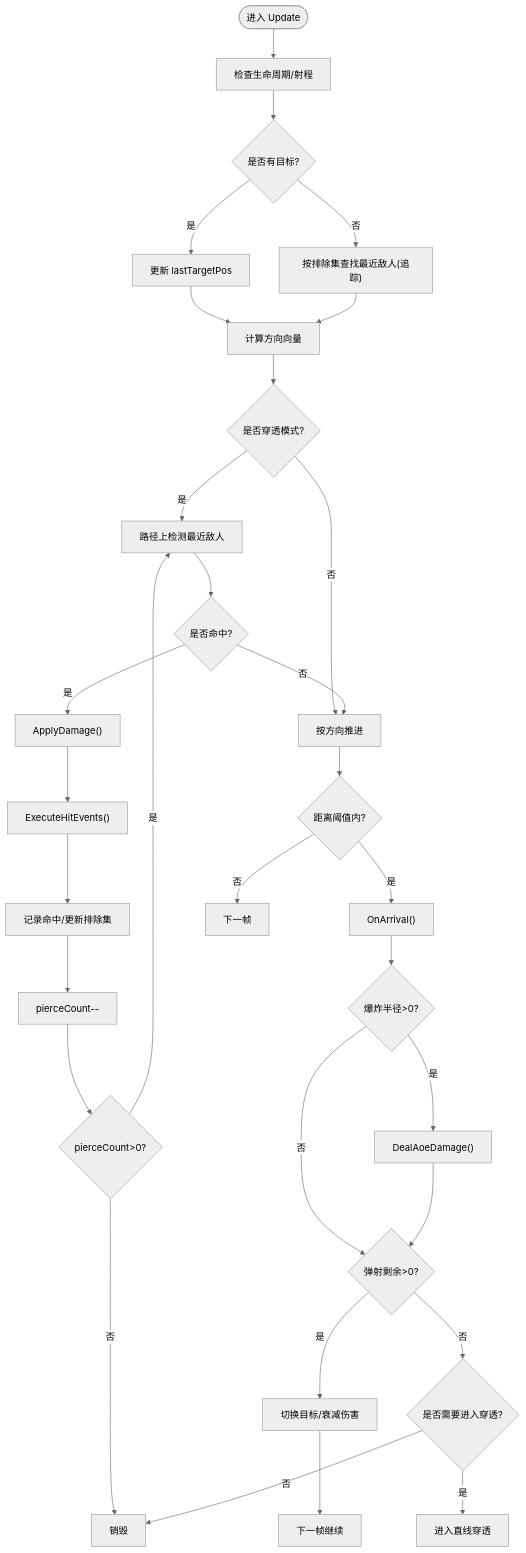
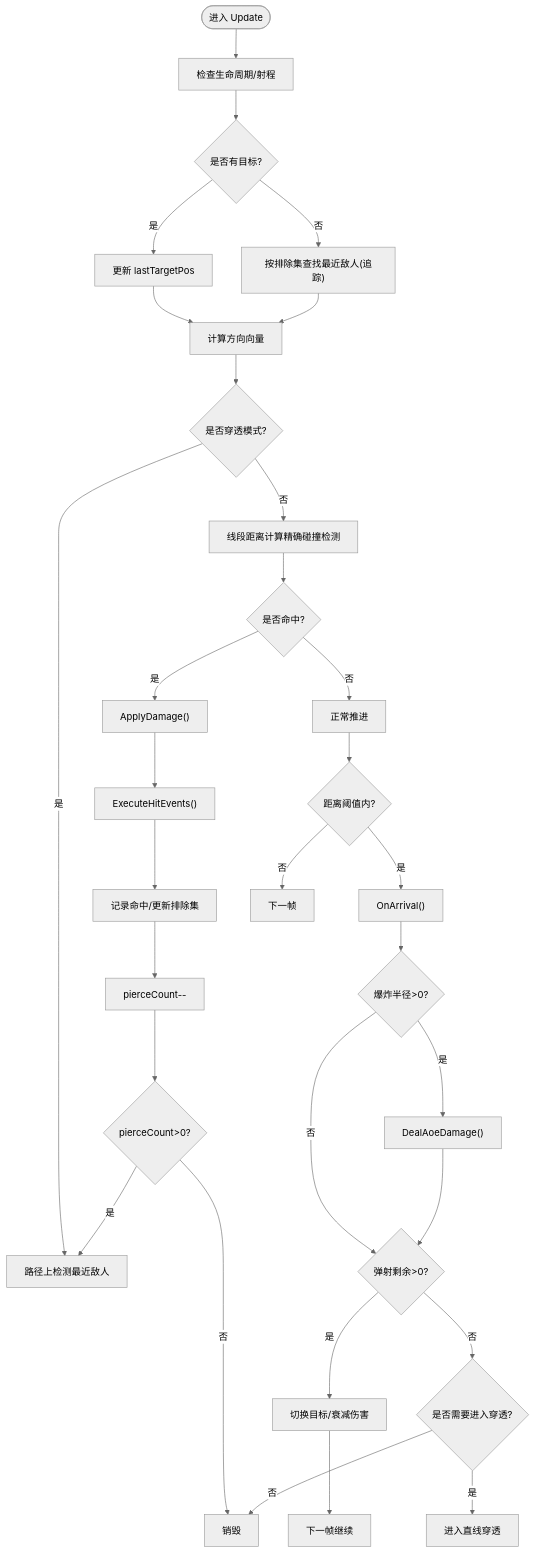
The third of 5 diagrams in .qoder/repowiki/zh/content/战斗系统/弹幕系统.md (Tuusen/p1_client), drawn with Mermaid (neutral theme) before and after one commit. The commit also changed other lines of this file and 11 other files, not shown here.

````diff
--- a/.qoder/repowiki/zh/content/战斗系统/弹幕系统.md
+++ b/.qoder/repowiki/zh/content/战斗系统/弹幕系统.md
@@ -152,33 +155,33 @@
 ```mermaid
 flowchart TD
 Start(["进入 Update"]) --> LifeCheck["检查生命周期/射程"]
 LifeCheck --> TargetCheck{"是否有目标?"}
 TargetCheck --> |是| UpdateLast["更新 lastTargetPos"]
 TargetCheck --> |否| FindNew["按排除集查找最近敌人(追踪)"]
 UpdateLast --> DirCalc["计算方向向量"]
 FindNew --> DirCalc
 DirCalc --> PierceMode{"是否穿透模式?"}
 PierceMode --> |是| PierceCheck["路径上检测最近敌人"]
-PierceMode --> |否| Move["按方向推进"]
-PierceCheck --> Hit{"是否命中?"}
+PierceMode --> |否| PreciseCollision["线段距离计算精确碰撞检测"]
+PreciseCollision --> Hit{"是否命中?"}
 Hit --> |是| ApplyDmg["ApplyDamage()"]
 ApplyDmg --> ExecEvt["ExecuteHitEvents()"]
 ExecEvt --> RecordHit["记录命中/更新排除集"]
 RecordHit --> DecPierce["pierceCount--"]
 DecPierce --> MorePierce{"pierceCount>0?"}
 MorePierce --> |是| PierceCheck
 MorePierce --> |否| Destroy["销毁"]
-Hit --> |否| Move
+Hit --> |否| Move["正常推进"]
 Move --> Arrive{"距离阈值内?"}
 Arrive --> |是| OnArrival["OnArrival()"]
 Arrive --> |否| NextFrame["下一帧"]
 OnArrival --> Explode{"爆炸半径>0?"}
 Explode --> |是| AOEDmg["DealAoeDamage()"]
 Explode --> |否| BounceCheck{"弹射剩余>0?"}
 AOEDmg --> BounceCheck
 BounceCheck --> |是| Bounce["切换目标/衰减伤害"]
 BounceCheck --> |否| PierceEnter{"是否需要进入穿透?"}
 Bounce --> BounceEnter["下一帧继续"]
 PierceEnter --> |是| EnterPierce["进入直线穿透"]
 PierceEnter --> |否| Destroy
 ```
````
